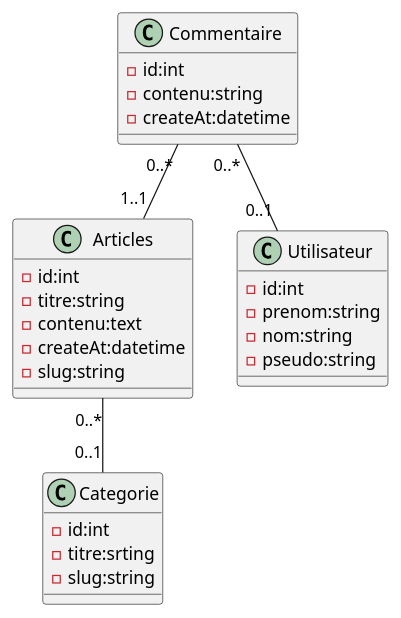
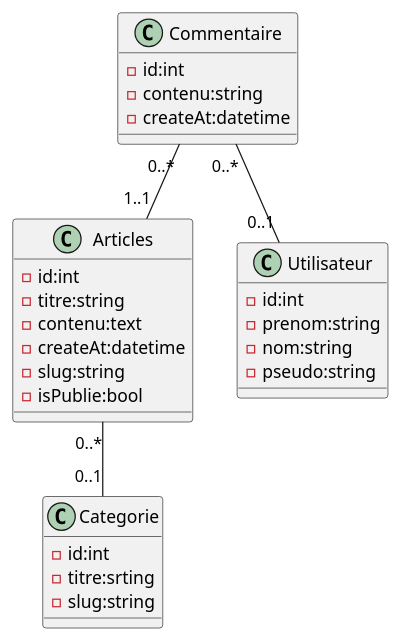
One commit to Zaldaf/tpLamyBlog changed the diagram in documentation/diagrammeClassArticle.puml. Above: the diagram before and after it, drawn with PlantUML. The commit also changed 19 other files, not shown here.

```diff
--- a/documentation/diagrammeClassArticle.puml
+++ b/documentation/diagrammeClassArticle.puml
@@ -1,32 +1,33 @@
 @startuml
 'https://plantuml.com/class-diagram
 class Articles{
     -id:int
     -titre:string
     -contenu:text
     -createAt:datetime
     -slug:string
+    -isPublie:bool
 }
 
 class Categorie{
     -id:int
     -titre:srting
     -slug:string
 }
 
 class Utilisateur{
     -id:int
     -prenom:string
     -nom:string
     -pseudo:string
 }
 class Commentaire{
     -id:int
     -contenu:string
     -createAt:datetime
 }
 Articles "0..*"--"0..1"Categorie
 Commentaire "0..*"--"1..1" Articles
 Commentaire "0..*"--"0..1" Utilisateur
 
 @enduml
```
